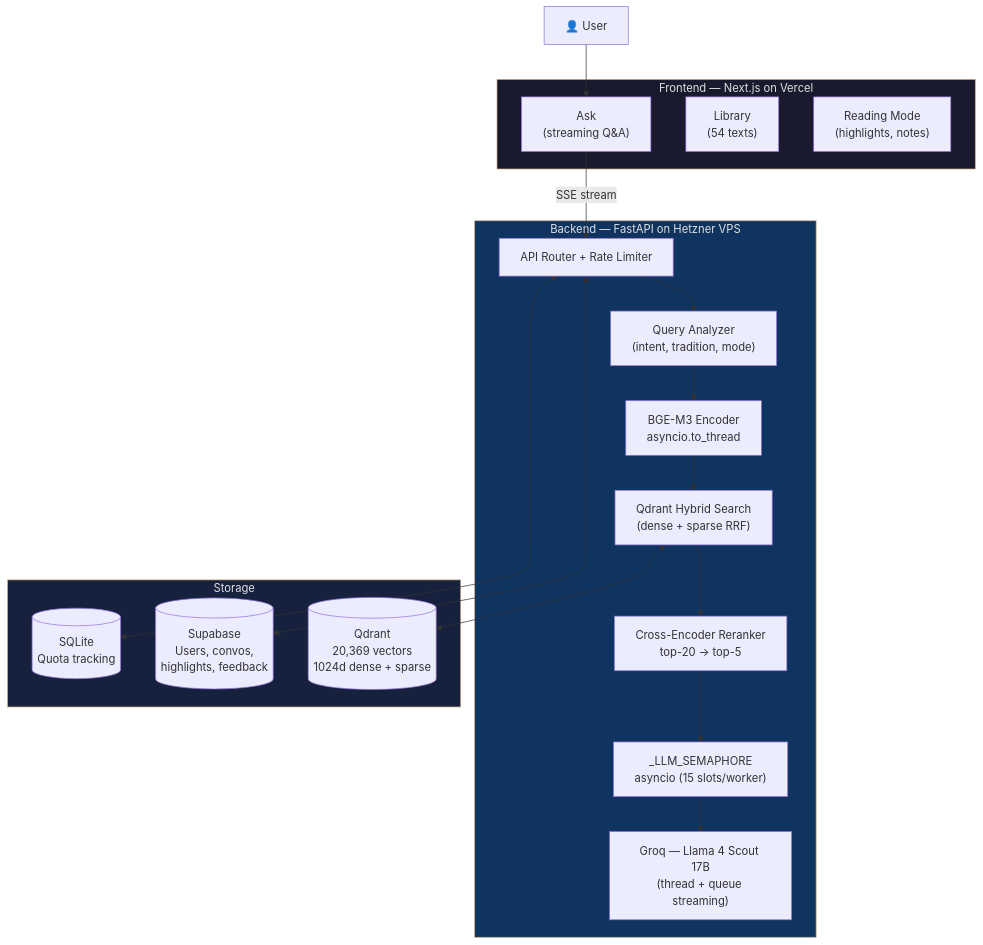
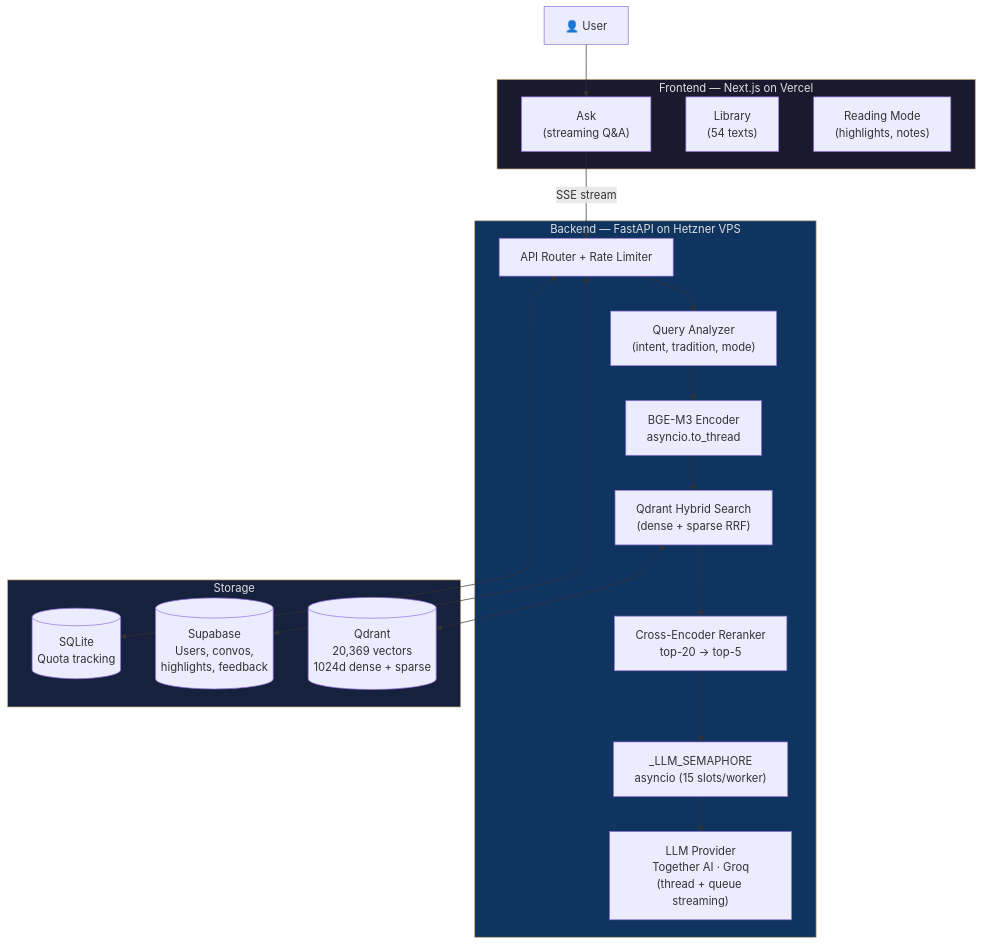
The first of 4 diagrams in ENGINEERING.md (sharanharsoor/antardarshan), drawn with Mermaid before and after one commit. The commit also changed other lines of this file and 2 other files, not shown here.

````diff
--- a/ENGINEERING.md
+++ b/ENGINEERING.md
@@ -46,38 +46,38 @@
 ```mermaid
 graph TB
     User["👤 User"]
 
     subgraph Frontend["Frontend — Next.js on Vercel"]
         Ask["Ask<br/>(streaming Q&A)"]
         Library["Library<br/>(54 texts)"]
         Reader["Reading Mode<br/>(highlights, notes)"]
     end
 
     subgraph Backend["Backend — FastAPI on Hetzner VPS"]
         Router["API Router + Rate Limiter"]
         QA["Query Analyzer<br/>(intent, tradition, mode)"]
         Embed["BGE-M3 Encoder<br/>asyncio.to_thread"]
         Search["Qdrant Hybrid Search<br/>(dense + sparse RRF)"]
         Rerank["Cross-Encoder Reranker<br/>top-20 → top-5"]
         Semaphore["_LLM_SEMAPHORE<br/>asyncio (15 slots/worker)"]
-        LLM["Groq — Llama 4 Scout 17B<br/>(thread + queue streaming)"]
+        LLM["LLM Provider<br/>Together AI · Groq<br/>(thread + queue streaming)"]
     end
 
     subgraph Storage["Storage"]
         Qdrant[("Qdrant<br/>20,369 vectors<br/>1024d dense + sparse")]
         Supabase[("Supabase<br/>Users, convos,<br/>highlights, feedback")]
         SQLite[("SQLite<br/>Quota tracking")]
     end
 
     User --> Ask
     Ask -->|"SSE stream"| Router
     Router --> QA --> Embed --> Search --> Rerank
     Search <--> Qdrant
     Rerank --> Semaphore --> LLM
     Router <--> Supabase
     Router <--> SQLite
 
     style Frontend fill:#1a1a2e,stroke:#c8a97e,color:#e0e0e0
     style Backend fill:#0f3460,stroke:#c8a97e,color:#e0e0e0
     style Storage fill:#16213e,stroke:#c8a97e,color:#e0e0e0
 ```
````
